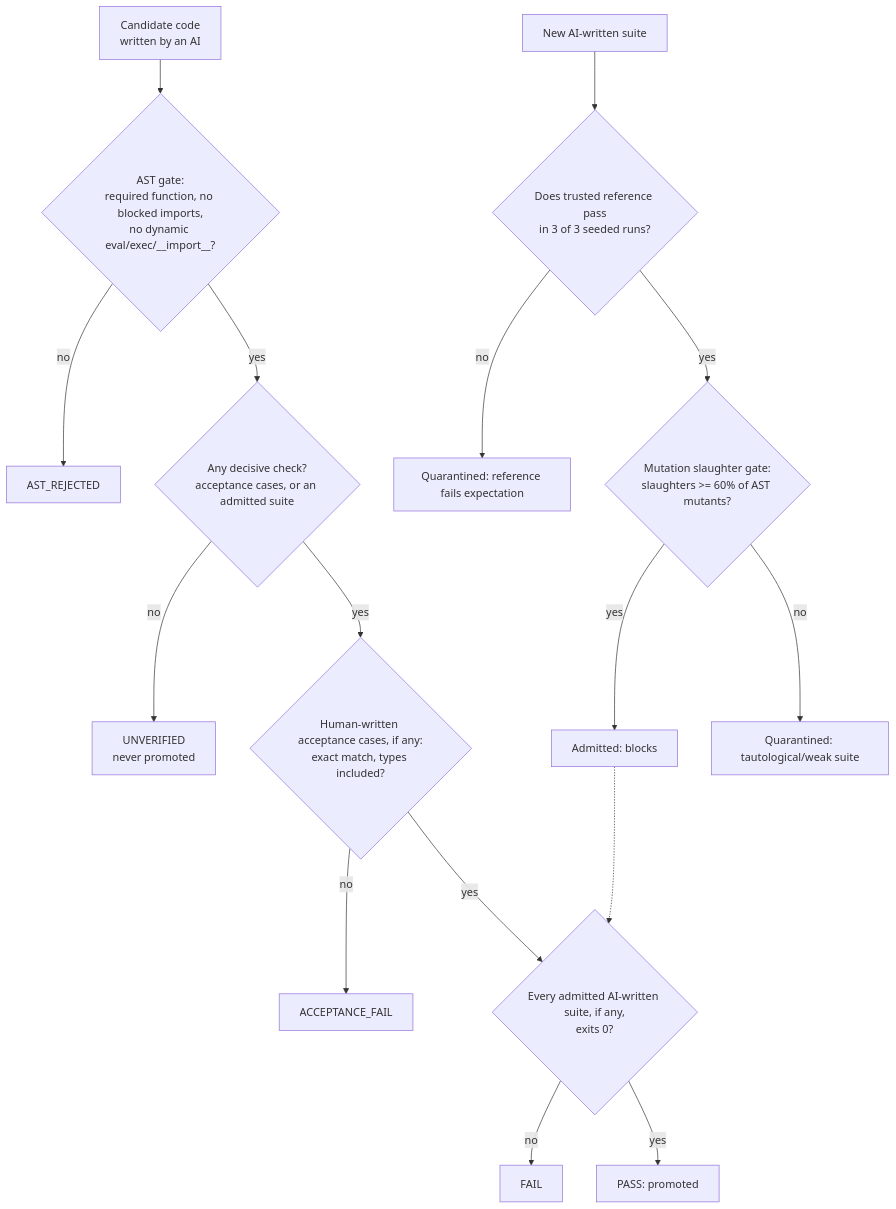
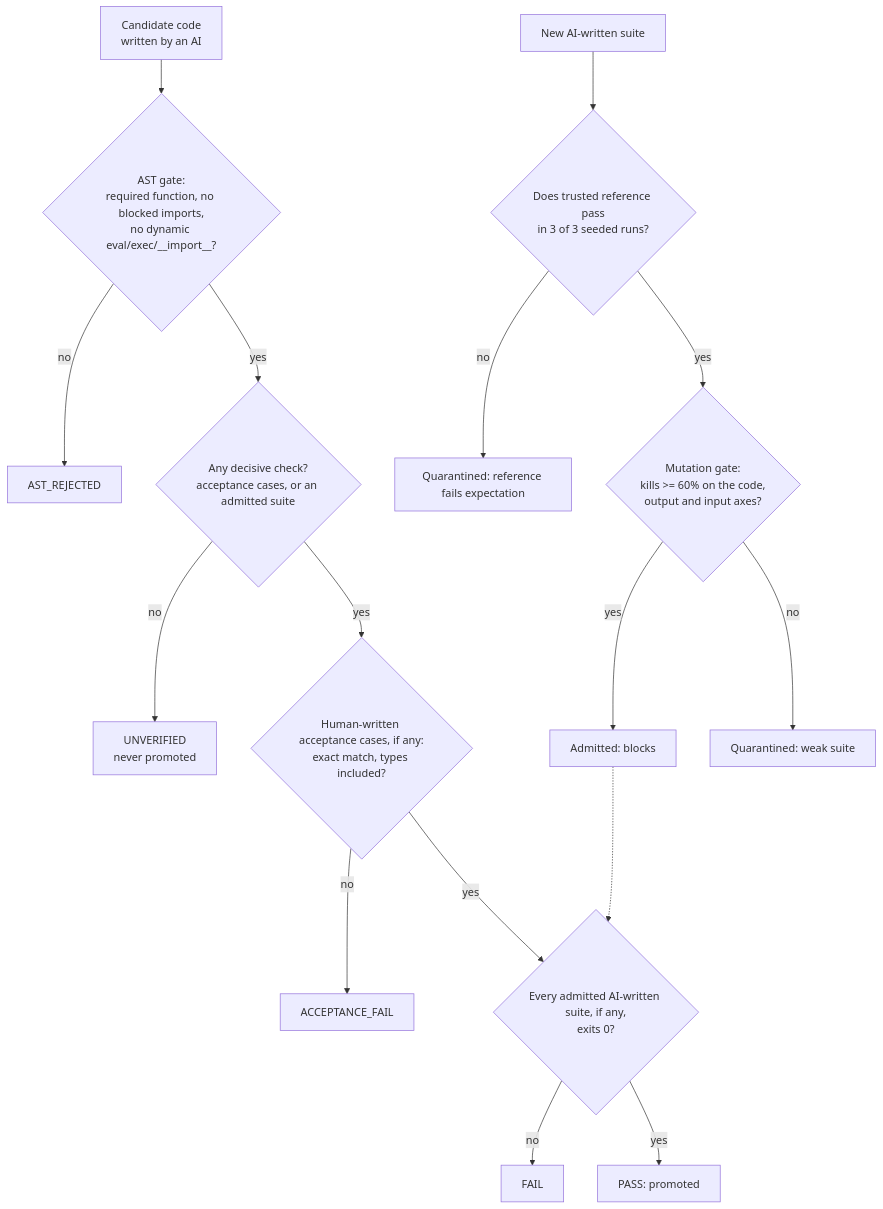
One commit to WrdCstlg/crucible-Sept changed the second of 2 diagrams in docs/CRUCIBLE.md. Above: the diagram before and after it, drawn with Mermaid. The commit also changed other lines of this file and 52 other files, not shown here.

First line of the commit message:
Pre-registered study, Docker sandbox, three-axis mutation gate

````diff
--- a/docs/CRUCIBLE.md
+++ b/docs/CRUCIBLE.md
@@ -52,18 +60,18 @@
 ```mermaid
 flowchart TD
     C["Candidate code<br/>written by an AI"] --> AST{"AST gate:<br/>required function, no blocked imports,<br/>no dynamic eval/exec/__import__?"}
     AST -- no --> R1["AST_REJECTED"]
     AST -- yes --> GT{"Any decisive check?<br/>acceptance cases, or an admitted suite"}
     GT -- no --> UV["UNVERIFIED<br/>never promoted"]
     GT -- yes --> ACC{"Human-written acceptance cases, if any:<br/>exact match, types included?"}
     ACC -- no --> R2["ACCEPTANCE_FAIL"]
     ACC -- yes --> SUI{"Every admitted AI-written suite, if any,<br/>exits 0?"}
     SUI -- no --> R3["FAIL"]
     SUI -- yes --> P["PASS: promoted"]
     T["New AI-written suite"] --> ADM1{"Does trusted reference pass<br/>in 3 of 3 seeded runs?"}
     ADM1 -- no --> Q1["Quarantined: reference fails expectation"]
-    ADM1 -- yes --> ADM2{"Mutation slaughter gate:<br/>slaughters >= 60% of AST mutants?"}
+    ADM1 -- yes --> ADM2{"Mutation gate:<br/>kills >= 60% on the code,<br/>output and input axes?"}
     ADM2 -- yes --> BL["Admitted: blocks"]
-    ADM2 -- no --> Q2["Quarantined: tautological/weak suite"]
+    ADM2 -- no --> Q2["Quarantined: weak suite"]
     BL -.-> SUI
 ```
````
